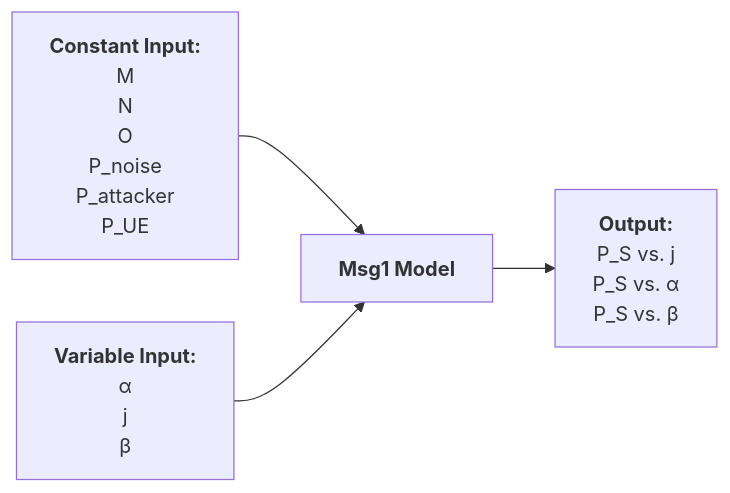
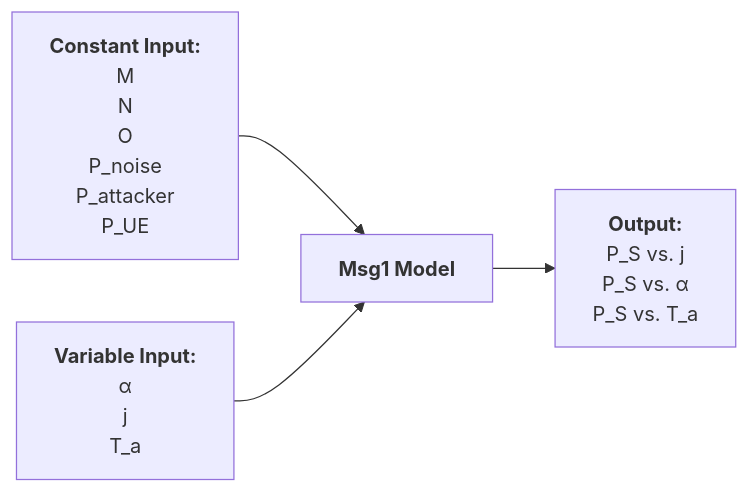
One commit to bmw-ece-ntust/wilfrid-prach-attack-analysis changed the sixth of 7 diagrams in docs/20250310 Thesis (Basic Msg1 Model).md. Above: the diagram before and after it, drawn with Mermaid. The commit also changed other lines of this file, not shown here.

Commit message:
Update 20250310 Thesis (Basic Msg1 Model).md

````diff
--- a/docs/20250310 Thesis (Basic Msg1 Model).md
+++ b/docs/20250310 Thesis (Basic Msg1 Model).md
@@ -198,22 +198,22 @@
 ```mermaid
 flowchart LR
     inputC["`**Constant Input:**
     M
     N
     O
     P_noise
     P_attacker
     P_UE`"]
     inputV["`**Variable Input:**
     α
     j
-    β`"]
+    T_a`"]
     process["`**Msg1 Model**`"]
     output["`**Output:**
     P_S vs. j
     P_S vs. α
-    P_S vs. β`"]
+    P_S vs. T_a`"]
     inputC --> process
     inputV --> process
     process --> output
 ```
````
